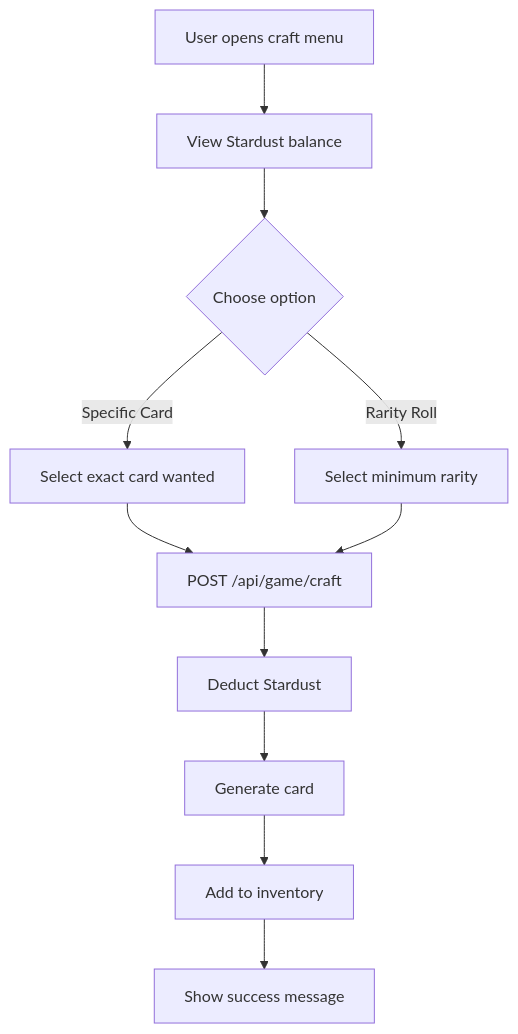
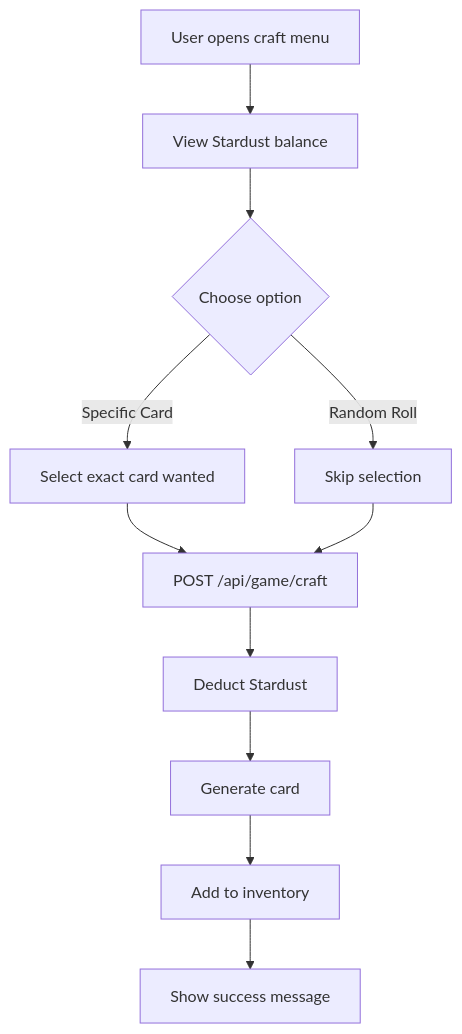
One commit to NoobSambit/ARMYVERSE2 changed the second of 3 diagrams in docs/features/game-system.md. Above: the diagram before and after it, drawn with Mermaid. The commit also changed other lines of this file and 76 other files, not shown here.

````diff
--- a/docs/features/game-system.md
+++ b/docs/features/game-system.md
@@ -176,13 +137,13 @@
 ```mermaid
 graph TD
     A[User opens craft menu] --> B[View Stardust balance]
     B --> C{Choose option}
     C -->|Specific Card| D[Select exact card wanted]
-    C -->|Rarity Roll| E[Select minimum rarity]
+    C -->|Random Roll| E[Skip selection]
     D --> F[POST /api/game/craft]
     E --> F
     F --> G[Deduct Stardust]
     G --> H[Generate card]
     H --> I[Add to inventory]
     I --> J[Show success message]
 ```
````
